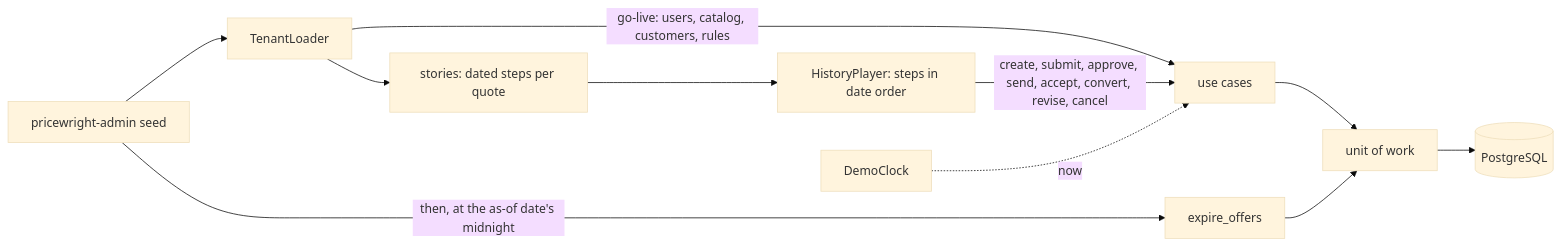
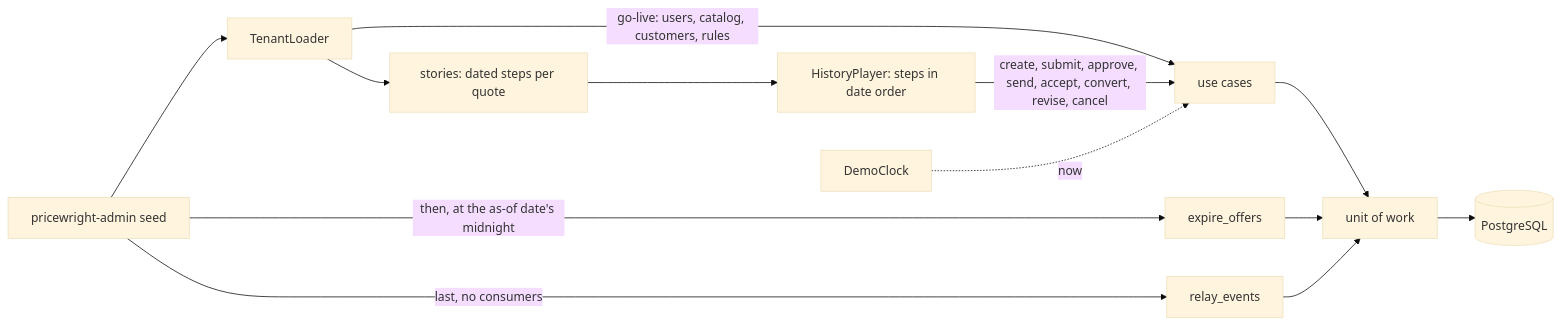
Before and after one commit to odvprogra/pricewright-api: the ninth of 9 diagrams in docs/architecture.md, drawn with Mermaid (base theme). The commit also changed other lines of this file and 17 other files, not shown here.

````diff
--- a/docs/architecture.md
+++ b/docs/architecture.md
@@ -209,12 +210,14 @@
 ```mermaid
 flowchart LR
     seed[pricewright-admin seed] --> loader[TenantLoader]
     loader -->|go-live: users, catalog, customers, rules| cases[use cases]
     loader --> stories[stories: dated steps per quote]
     stories --> player[HistoryPlayer: steps in date order]
     player -->|create, submit, approve, send, accept, convert, revise, cancel| cases
     seed -->|then, at the as-of date's midnight| job[expire_offers]
+    seed -->|last, no consumers| relay[relay_events]
     clock[DemoClock] -.now.-> cases
     cases --> uow[unit of work] --> db[(PostgreSQL)]
     job --> uow
+    relay --> uow
 ```
````
